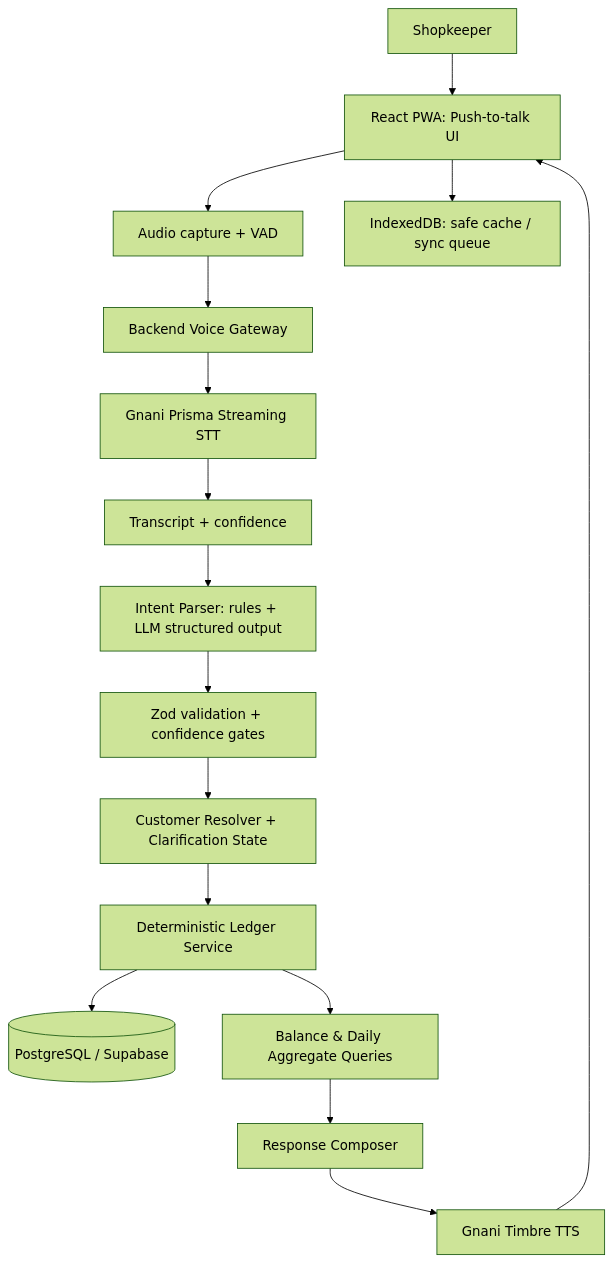
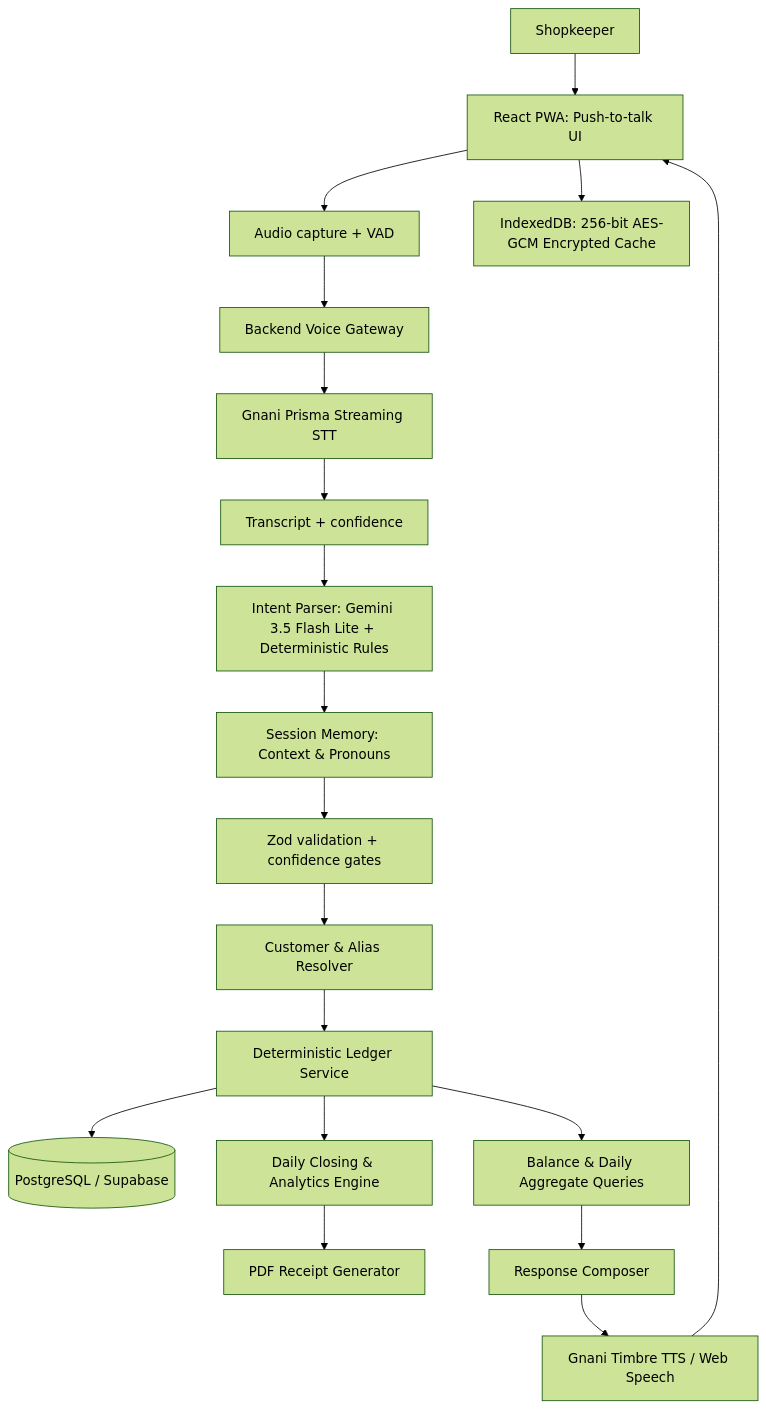
The diagram in ARCHITECTURE.md (mr-tarunsaini/Khata-AI), drawn with Mermaid (forest theme) before and after one commit. The commit also changed other lines of this file and 27 other files, not shown here.

Commit message:
feat: implement 8 advanced features for KhataAI (voice memory, aliases, closing reports, deterministic analytics, PDF receipts, undo, modular inventory)

````diff
--- a/ARCHITECTURE.md
+++ b/ARCHITECTURE.md
@@ -18,18 +20,21 @@
 ```mermaid
 flowchart TD
   U[Shopkeeper] --> UI[React PWA: Push-to-talk UI]
   UI --> MIC[Audio capture + VAD]
   MIC --> API[Backend Voice Gateway]
   API --> STT[Gnani Prisma Streaming STT]
   STT --> TXT[Transcript + confidence]
-  TXT --> PARSE[Intent Parser: rules + LLM structured output]
-  PARSE --> VALID[Zod validation + confidence gates]
-  VALID --> RESOLVE[Customer Resolver + Clarification State]
+  TXT --> PARSE[Intent Parser: Gemini 3.5 Flash Lite + Deterministic Rules]
+  PARSE --> MEM[Session Memory: Context & Pronouns]
+  MEM --> VALID[Zod validation + confidence gates]
+  VALID --> RESOLVE[Customer & Alias Resolver]
   RESOLVE --> LEDGER[Deterministic Ledger Service]
   LEDGER --> DB[(PostgreSQL / Supabase)]
+  LEDGER --> REPORTS[Daily Closing & Analytics Engine]
+  REPORTS --> PDF[PDF Receipt Generator]
   LEDGER --> QUERY[Balance & Daily Aggregate Queries]
   QUERY --> RESP[Response Composer]
-  RESP --> TTS[Gnani Timbre TTS]
+  RESP --> TTS[Gnani Timbre TTS / Web Speech]
   TTS --> UI
-  UI --> CACHE[IndexedDB: safe cache / sync queue]
+  UI --> CACHE[IndexedDB: 256-bit AES-GCM Encrypted Cache]
 ```
````
